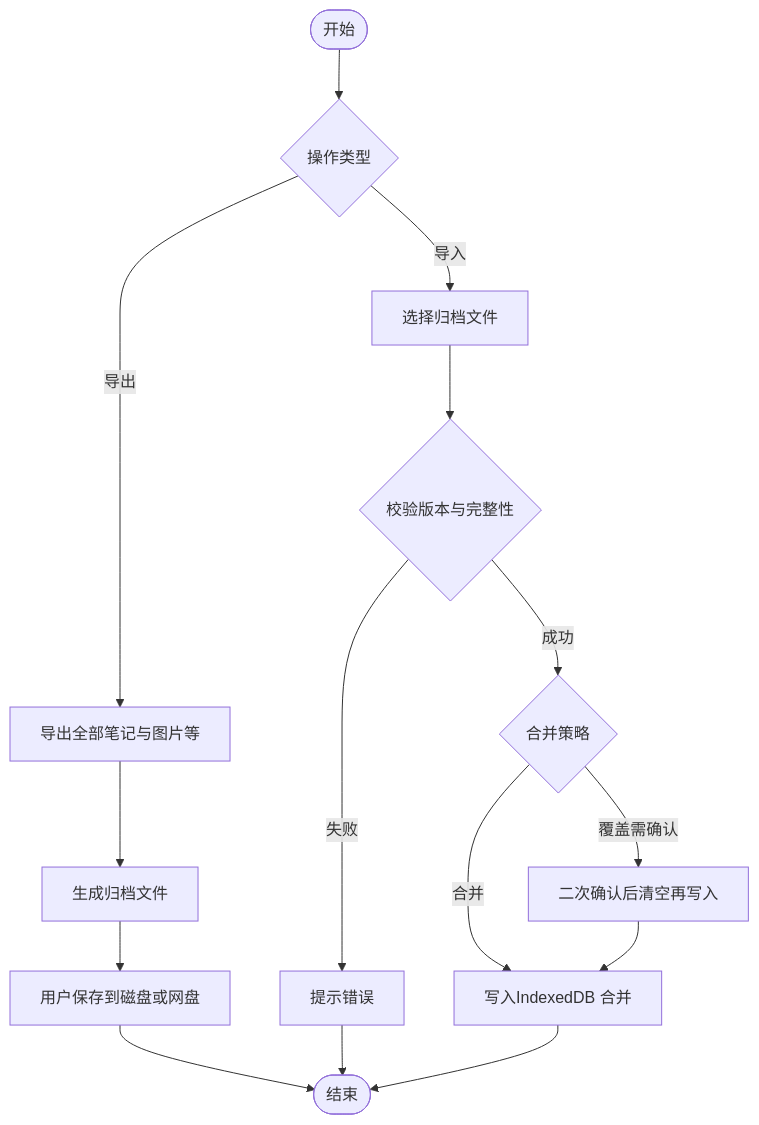
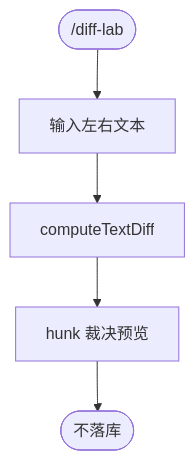
One commit to a327921510/my-notes changed the third of 4 diagrams in docs/用户流程图.md. Above: the diagram before and after it, drawn with Mermaid. The commit also changed other lines of this file and 14 other files, not shown here.

````diff
--- a/docs/用户流程图.md
+++ b/docs/用户流程图.md
@@ -60,17 +31,7 @@
 ```mermaid
 flowchart TD
-  A([开始]) --> B{操作类型}
-  B -->|导出| C[导出全部笔记与图片等]
-  C --> D[生成归档文件]
-  D --> E[用户保存到磁盘或网盘]
-  E --> Z([结束])
-  B -->|导入| F[选择归档文件]
-  F --> G{校验版本与完整性}
-  G -->|失败| H[提示错误]
-  H --> Z
-  G -->|成功| I{合并策略}
-  I -->|合并| J[写入IndexedDB 合并]
-  I -->|覆盖需确认| K[二次确认后清空再写入]
-  K --> J
-  J --> Z
+  A([/diff-lab]) --> B[输入左右文本]
+  B --> C[computeTextDiff]
+  C --> D[hunk 裁决预览]
+  D --> Z([不落库])
 ```
````
